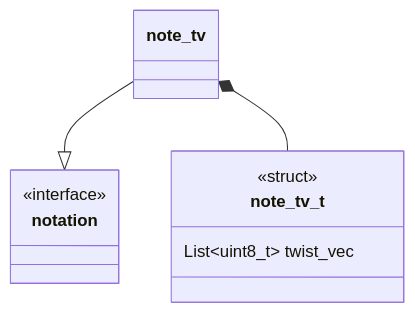
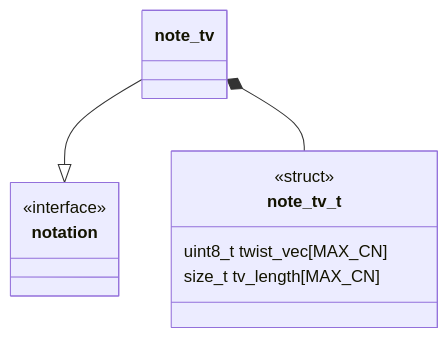
One commit to Uiowa-Applied-Topology/tanglenomicon_core_libraries changed the first of 4 diagrams in source/note-twist_vector/unit-description.md. Above: the diagram before and after it, drawn with Mermaid. The commit also changed other lines of this file and 1 other file, not shown here.

````diff
--- a/source/note-twist_vector/unit-description.md
+++ b/source/note-twist_vector/unit-description.md
@@ -3,16 +5,15 @@
 ```mermaid
 classDiagram
     note_tv --|> notation
     note_tv *-- note_tv_t
 
     class note_tv_t {
         <<struct>>
-        List~uint8_t~ twist_vec
+        uint8_t twist_vec[MAX_CN]
+        size_t tv_length[MAX_CN]
     }
 
     class notation {
         <<interface>>
     }
-
-
 ```
````
